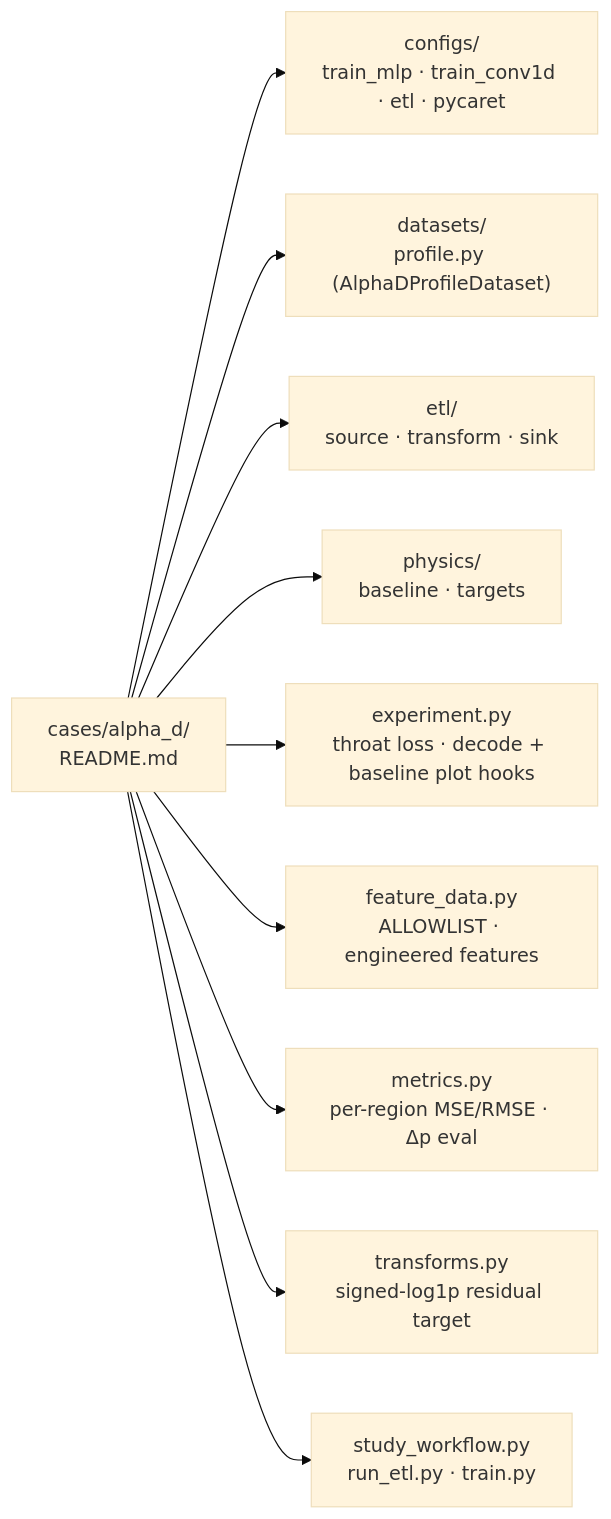
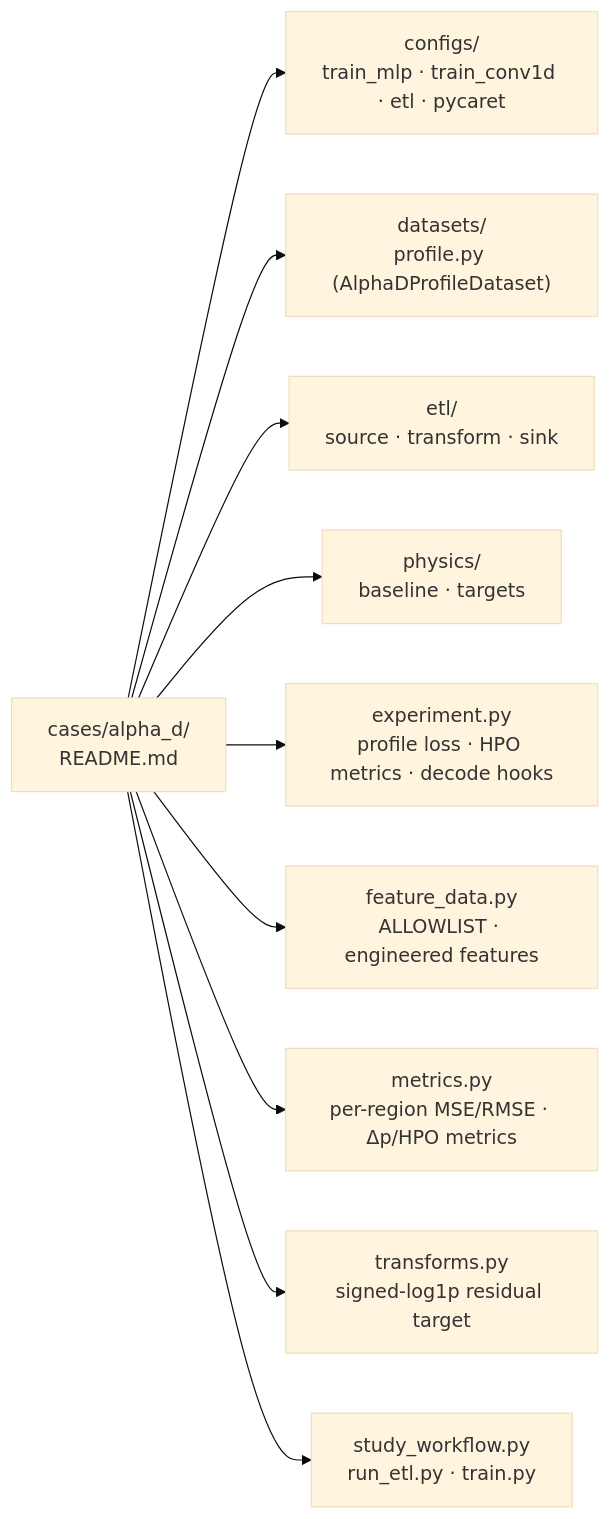
Before and after one commit to MengnanLi91/TH_HOLO_workflow: the diagram in docs/cases/alpha_d.md, drawn with Mermaid (base theme). The commit also changed other lines of this file and 56 other files, not shown here.

````diff
--- a/docs/cases/alpha_d.md
+++ b/docs/cases/alpha_d.md
@@ -16,12 +17,12 @@
 ```{mermaid}
 flowchart LR
     R["cases/alpha_d/<br/>README.md"] --> Cfg["configs/<br/>train_mlp · train_conv1d · etl · pycaret"]
     R --> DS["datasets/<br/>profile.py (AlphaDProfileDataset)"]
     R --> ETL["etl/<br/>source · transform · sink"]
     R --> Phys["physics/<br/>baseline · targets"]
-    R --> Exp["experiment.py<br/>throat loss · decode + baseline plot hooks"]
+    R --> Exp["experiment.py<br/>profile loss · HPO metrics · decode hooks"]
     R --> FD["feature_data.py<br/>ALLOWLIST · engineered features"]
-    R --> Met["metrics.py<br/>per-region MSE/RMSE · Δp eval"]
+    R --> Met["metrics.py<br/>per-region MSE/RMSE · Δp/HPO metrics"]
     R --> Tr["transforms.py<br/>signed-log1p residual target"]
     R --> Run["study_workflow.py<br/>run_etl.py · train.py"]
 ```
````
